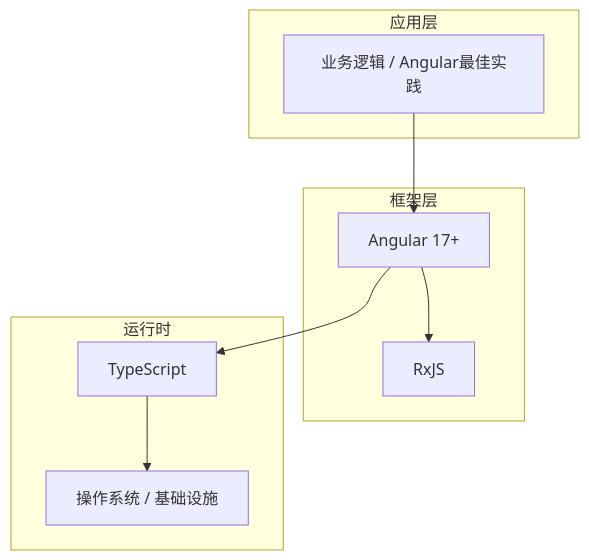
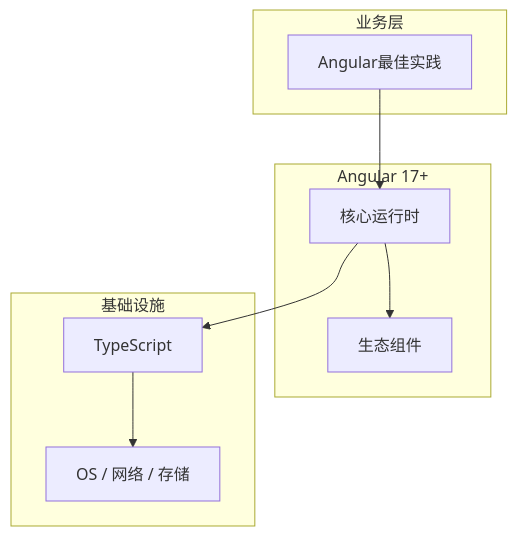
Before and after one commit to yanggan2015/knowledge-json-v2: the diagram in articles/Angular/chapters/076-Angular最佳实践核心概念与原理.md, drawn with Mermaid. The commit also changed other lines of this file and 10127 other files, not shown here.

````diff
--- a/articles/Angular/chapters/076-Angular最佳实践核心概念与原理.md
+++ b/articles/Angular/chapters/076-Angular最佳实践核心概念与原理.md
@@ -45,18 +34,18 @@
 ```mermaid
 graph TB
-    subgraph 应用层
-        A[业务逻辑 / Angular最佳实践]
+    subgraph 业务层
+        A[Angular最佳实践]
     end
-    subgraph 框架层
-        B[Angular 17+]
-        C[RxJS]
+    subgraph Angular 17+
+        B[核心运行时]
+        C[生态组件]
     end
-    subgraph 运行时
+    subgraph 基础设施
         D[TypeScript]
-        E[操作系统 / 基础设施]
+        E[OS / 网络 / 存储]
     end
     A --> B
     B --> C
     B --> D
     D --> E
 ```
````
